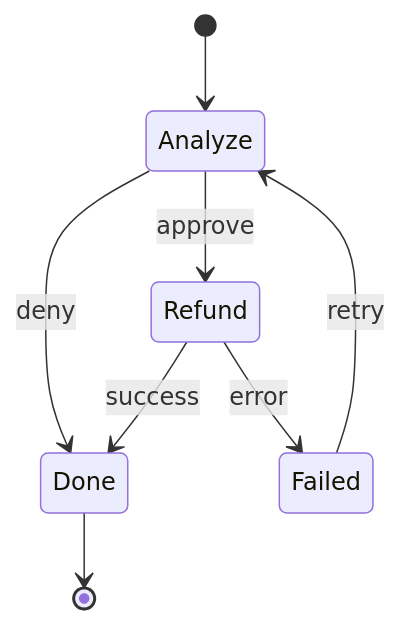
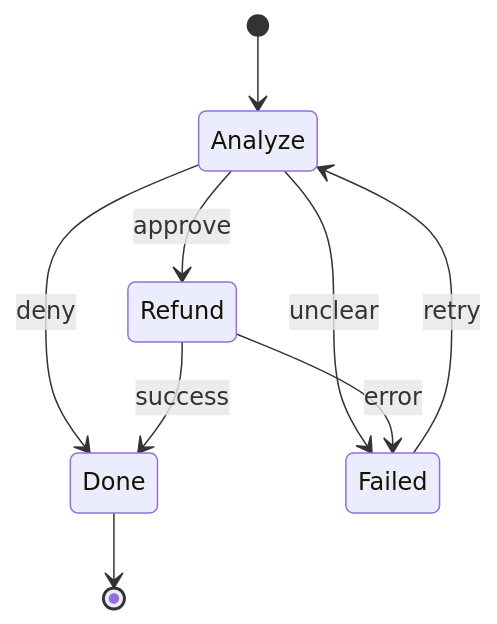
Before and after one commit to kormie/Skein: the first of 2 diagrams in README.md, drawn with Mermaid. The commit also changed other lines of this file and 25 other files, not shown here.

````diff
--- a/README.md
+++ b/README.md
@@ -65,10 +66,11 @@
 ```mermaid
 stateDiagram-v2
     [*] --> Analyze
     Analyze --> Refund : approve
     Analyze --> Done : deny
+    Analyze --> Failed : unclear
     Refund --> Done : success
     Refund --> Failed : error
     Failed --> Analyze : retry
     Done --> [*]
 ```
````
